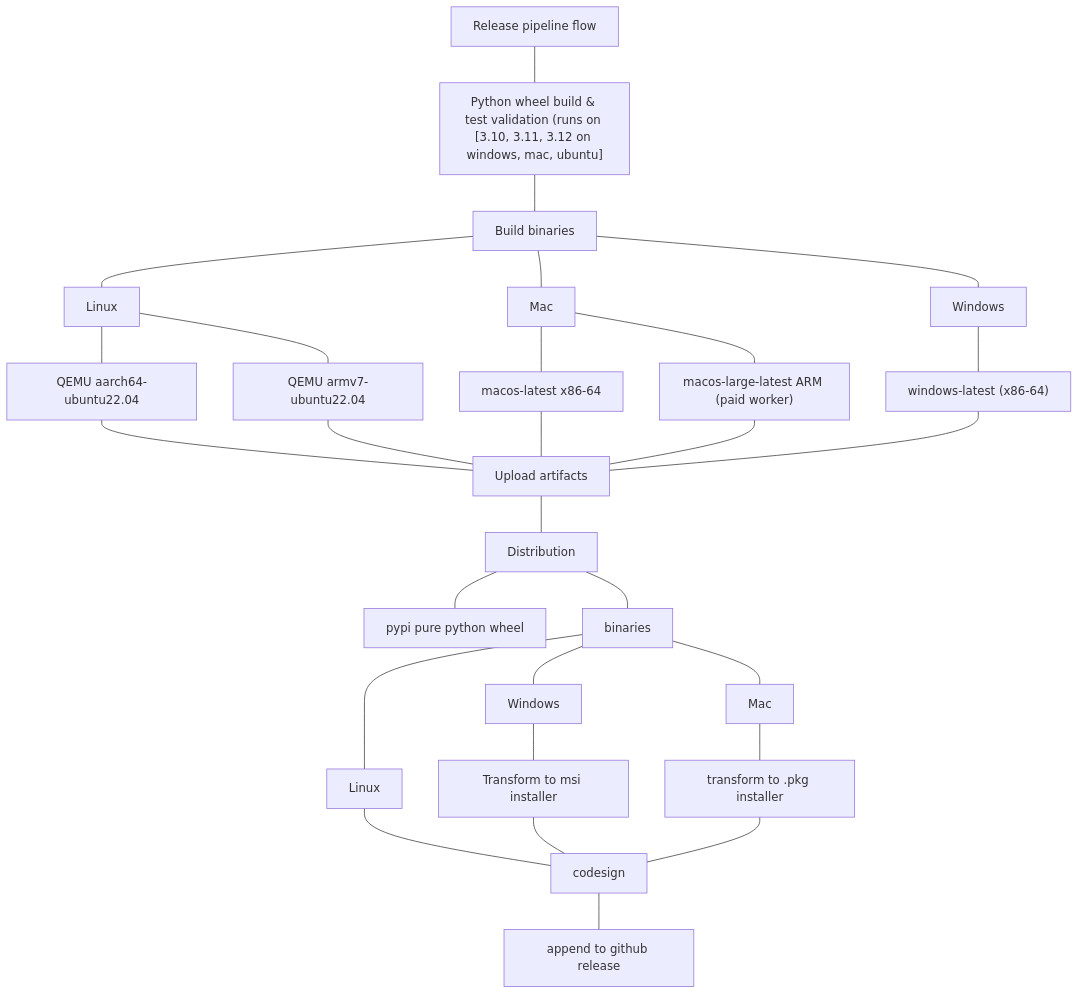
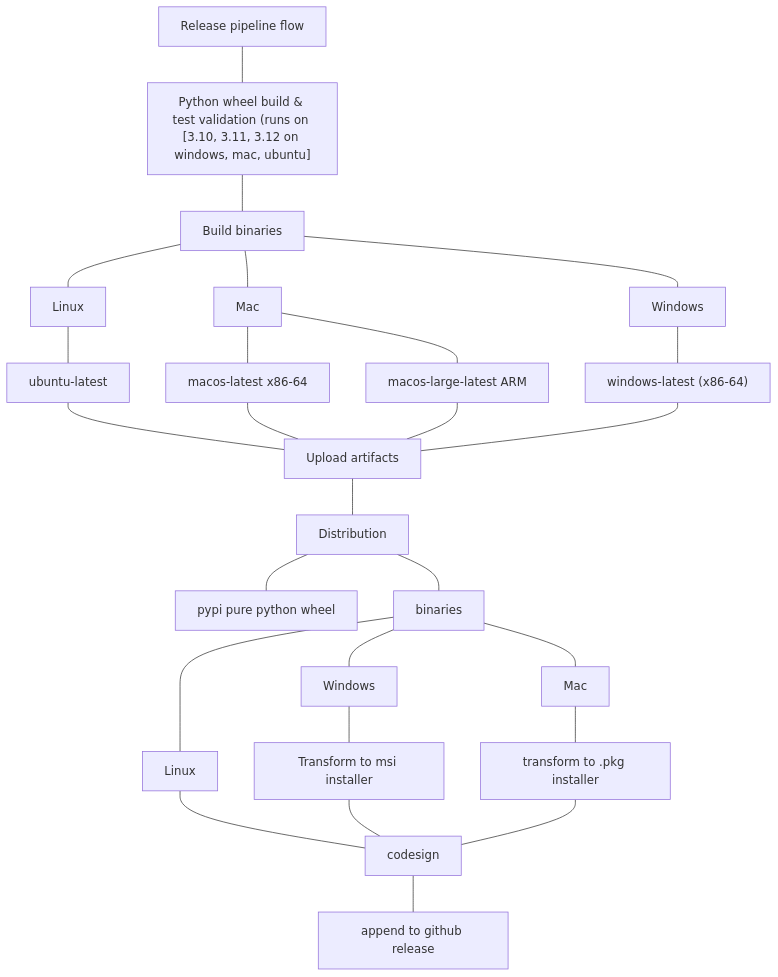
One commit to algorandfoundation/algokit-cli changed the third of 3 diagrams in docs/architecture-decisions/2024-01-31_binary_distribution.md. Above: the diagram before and after it, drawn with Mermaid. The commit also changed other lines of this file, not shown here.

````diff
--- a/docs/architecture-decisions/2024-01-31_binary_distribution.md
+++ b/docs/architecture-decisions/2024-01-31_binary_distribution.md
@@ -180,31 +175,29 @@
 ```mermaid
 flowchart
     n1["Release pipeline flow"]
-	n1 --- n2["Python wheel build &amp; test validation (runs on [3.10, 3.11, 3.12 on windows, mac, ubuntu]"]
+	n1 --- n2["Python wheel build & test validation (runs on [3.10, 3.11, 3.12 on windows, mac, ubuntu]"]
 	n2 --- n3["Build binaries"]
 	n3 --- n4["Linux"]
 	n3 --- n5["Mac"]
 	n3 --- n6["Windows"]
-	n4 --- n7["QEMU aarch64-ubuntu22.04"]
-	n4 --- n8["QEMU armv7-ubuntu22.04"]
+	n4 --- n7["ubuntu-latest"]
 	n7 --- n9["Upload artifacts"]
 	n5 --- n10["macos-latest x86-64"]
-	n5 --- n11["macos-large-latest ARM (paid worker)"]
+	n5 --- n11["macos-large-latest ARM"]
 	n6 --- n12["windows-latest (x86-64)"]
-	n8 --- n9
 	n10 --- n9
 	n11 --- n9
 	n12 --- n9
 	n9 --- n13["Distribution"]
 	n13 --- n14["pypi pure python wheel"]
 	n13 --- n15["binaries"]
 	n15 --- n16["Windows"]
 	n15 --- n17["Linux"]
 	n15 --- n18["Mac"]
 	n16 --- n19["Transform to msi installer"]
 	n17 --- n20["codesign"]
 	n19 --- n20
 	n18 --- n21["transform to .pkg installer"]
 	n21 --- n20
 	n20 --- n22["append to github release"]
 ```
````
